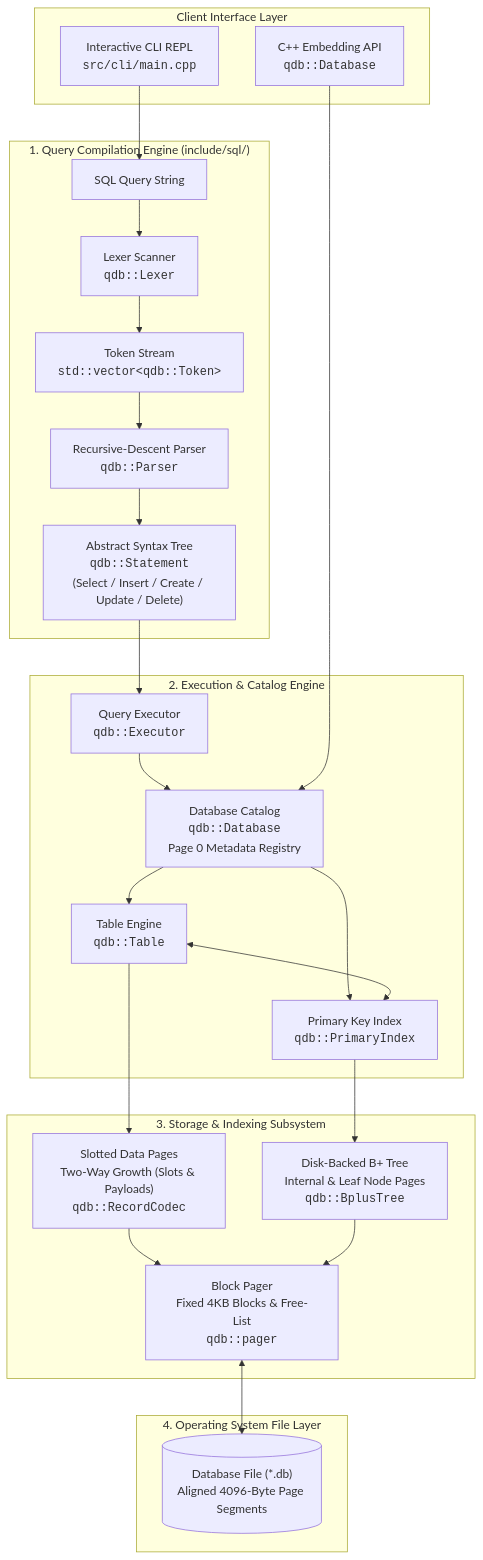
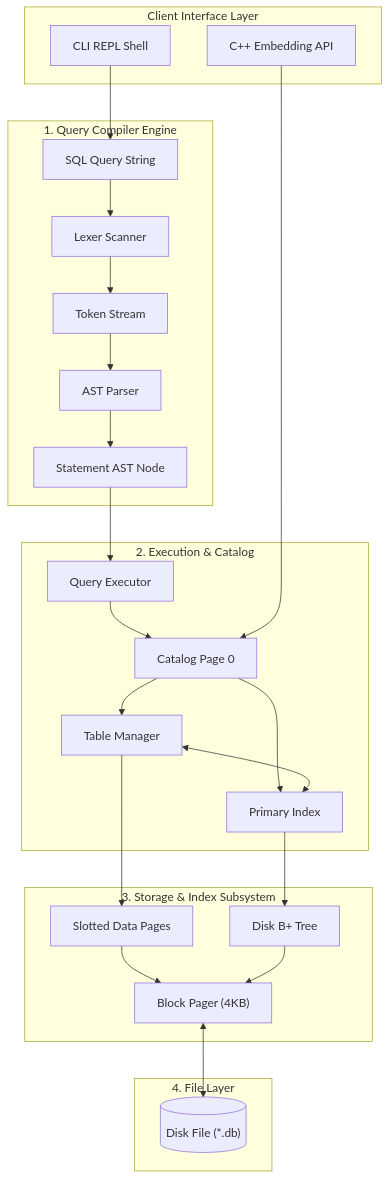
The first of 2 diagrams in docs/architecture/overview.md (KAAZamapiloT/QUARTZ_DB), drawn with Mermaid before and after one commit. The commit also changed other lines of this file and 27 other files, not shown here.

````diff
--- a/docs/architecture/overview.md
+++ b/docs/architecture/overview.md
@@ -13,52 +13,52 @@
 ```mermaid
 graph TB
     subgraph Client ["Client Interface Layer"]
-        CLI["Interactive CLI REPL<br><code>src/cli/main.cpp</code>"]
-        CPP["C++ Embedding API<br><code>qdb::Database</code>"]
+        CLI["CLI REPL Shell"]
+        CPP["C++ Embedding API"]
     end
 
-    subgraph Compiler ["1. Query Compilation Engine (include/sql/)"]
+    subgraph Compiler ["1. Query Compiler Engine"]
         SQL["SQL Query String"]
-        LEX["Lexer Scanner<br><code>qdb::Lexer</code>"]
-        TOK["Token Stream<br><code>std::vector&lt;qdb::Token&gt;</code>"]
-        PARSE["Recursive-Descent Parser<br><code>qdb::Parser</code>"]
-        AST["Abstract Syntax Tree<br><code>qdb::Statement</code><br>(Select / Insert / Create / Update / Delete)"]
+        LEX["Lexer Scanner"]
+        TOK["Token Stream"]
+        PARSE["AST Parser"]
+        AST["Statement AST Node"]
         
         SQL --> LEX
         LEX --> TOK
         TOK --> PARSE
         PARSE --> AST
     end
 
-    subgraph Runtime ["2. Execution & Catalog Engine"]
-        EXEC["Query Executor<br><code>qdb::Executor</code>"]
-        CATALOG["Database Catalog<br><code>qdb::Database</code><br>Page 0 Metadata Registry"]
-        TABLE["Table Engine<br><code>qdb::Table</code>"]
-        INDEX["Primary Key Index<br><code>qdb::PrimaryIndex</code>"]
+    subgraph Runtime ["2. Execution & Catalog"]
+        EXEC["Query Executor"]
+        CATALOG["Catalog Page 0"]
+        TABLE["Table Manager"]
+        INDEX["Primary Index"]
         
         AST --> EXEC
         EXEC --> CATALOG
         CATALOG --> TABLE
         CATALOG --> INDEX
         TABLE <--> INDEX
     end
 
-    subgraph Storage ["3. Storage & Indexing Subsystem"]
-        SLOT["Slotted Data Pages<br>Two-Way Growth (Slots & Payloads)<br><code>qdb::RecordCodec</code>"]
-        BPT["Disk-Backed B+ Tree<br>Internal & Leaf Node Pages<br><code>qdb::BplusTree</code>"]
-        PAGER["Block Pager<br>Fixed 4KB Blocks & Free-List<br><code>qdb::pager</code>"]
+    subgraph Storage ["3. Storage & Index Subsystem"]
+        SLOT["Slotted Data Pages"]
+        BPT["Disk B+ Tree"]
+        PAGER["Block Pager (4KB)"]
         
         TABLE --> SLOT
         INDEX --> BPT
         SLOT --> PAGER
         BPT --> PAGER
     end
 
-    subgraph DiskLayer ["4. Operating System File Layer"]
-        DISK[("Database File (*.db)<br>Aligned 4096-Byte Page Segments")]
+    subgraph DiskLayer ["4. File Layer"]
+        DISK[("Disk File (*.db)")]
         PAGER <--> DISK
     end
 
     CLI --> SQL
     CPP --> CATALOG
 ```
````
